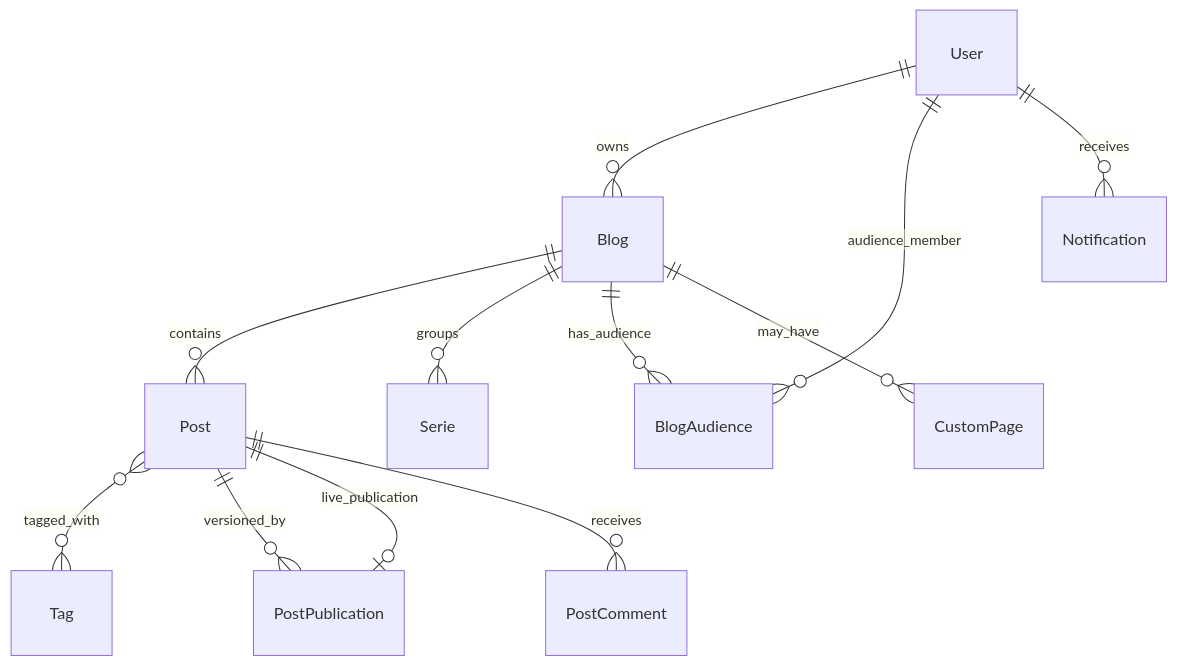
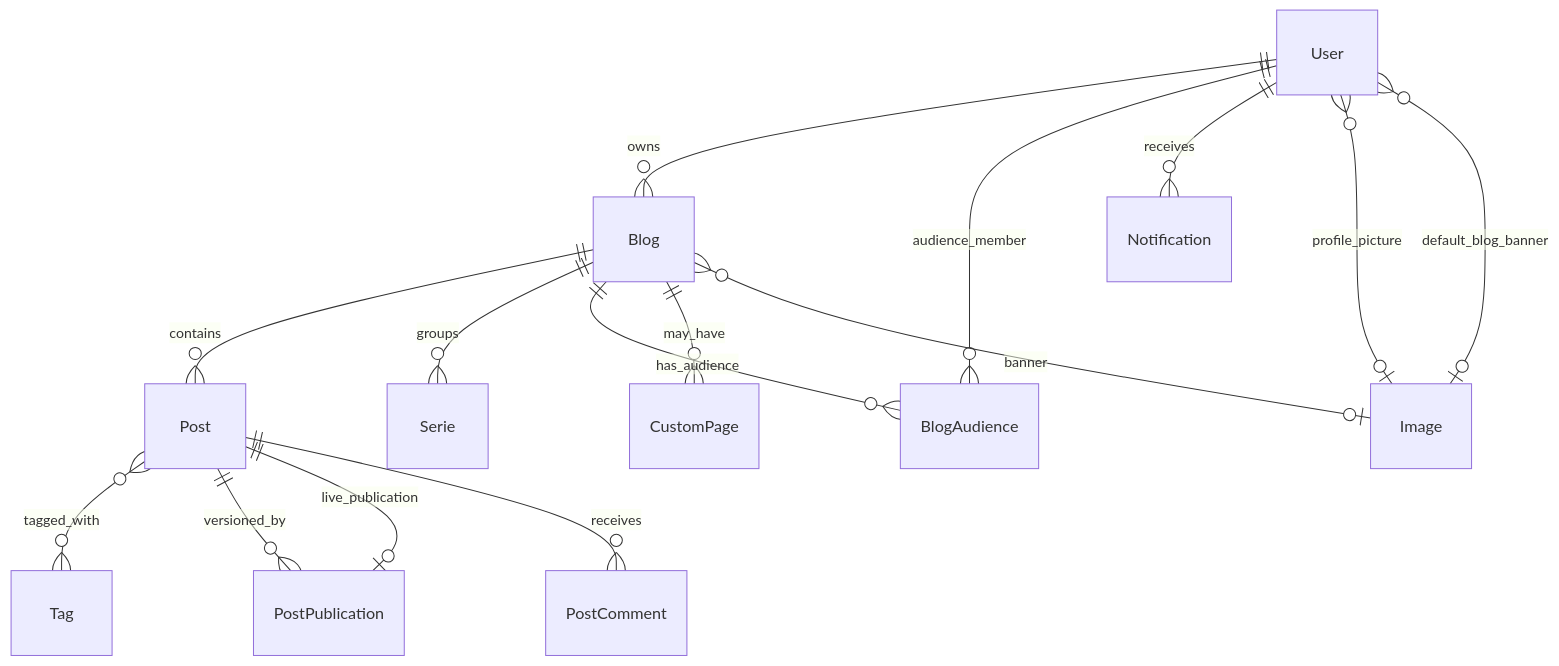
Before and after one commit to vepo/contraponto: the diagram in docs/domain-specification.md, drawn with Mermaid. The commit also changed other lines of this file and 31 other files, not shown here.

````diff
--- a/docs/domain-specification.md
+++ b/docs/domain-specification.md
@@ -15,14 +15,17 @@
 ```mermaid
 erDiagram
     User ||--o{ Blog : owns
     Blog ||--o{ Post : contains
     Blog ||--o{ Serie : groups
     Post }o--o{ Tag : tagged_with
     Post ||--o{ PostPublication : versioned_by
     Post ||--o| PostPublication : live_publication
     Post ||--o{ PostComment : receives
     User ||--o{ BlogAudience : audience_member
     Blog ||--o{ BlogAudience : has_audience
     User ||--o{ Notification : receives
     Blog ||--o{ CustomPage : may_have
+    User }o--o| Image : profile_picture
+    User }o--o| Image : default_blog_banner
+    Blog }o--o| Image : banner
 ```
````
